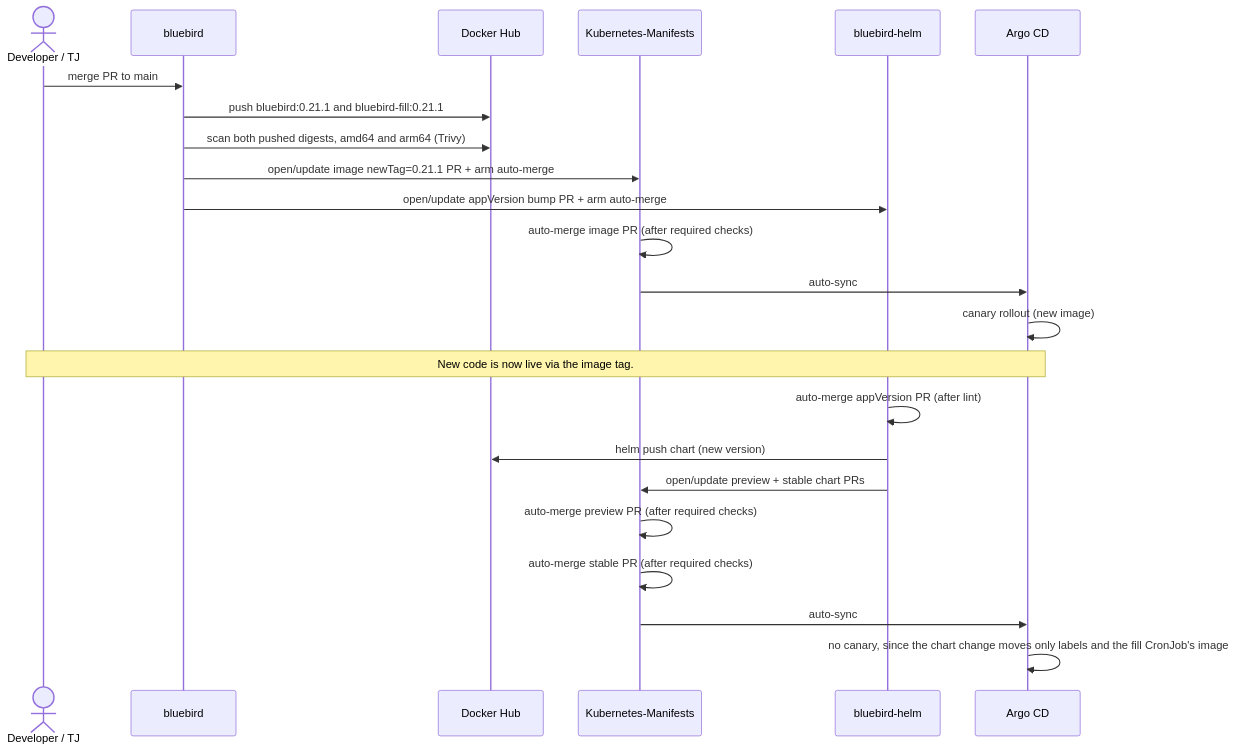
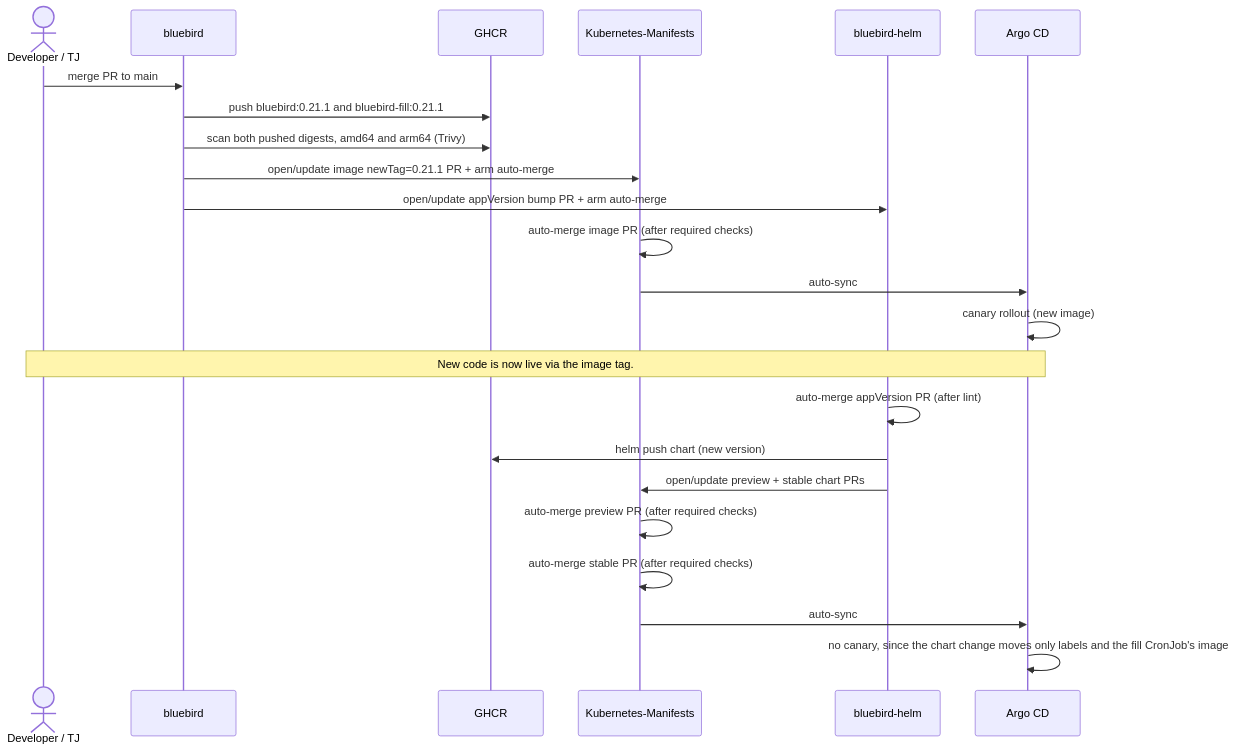
The sixth of 6 diagrams in docs/CICD.md (zimmertr/bluebird), drawn with Mermaid before and after one commit. The commit also changed other lines of this file and 21 other files, not shown here.

````diff
--- a/docs/CICD.md
+++ b/docs/CICD.md
@@ -1551,26 +1546,26 @@
 ```mermaid
 sequenceDiagram
     actor Dev as Developer / TJ
     participant BB as bluebird
-    participant DH as Docker Hub
+    participant DH as GHCR
     participant KM as Kubernetes-Manifests
     participant HELM as bluebird-helm
     participant ARGO as Argo CD
 
     Dev->>BB: merge PR to main
     BB->>DH: push bluebird:0.21.1 and bluebird-fill:0.21.1
     BB->>DH: scan both pushed digests, amd64 and arm64 (Trivy)
     BB->>KM: open/update image newTag=0.21.1 PR + arm auto-merge
     BB->>HELM: open/update appVersion bump PR + arm auto-merge
     KM->>KM: auto-merge image PR (after required checks)
     KM->>ARGO: auto-sync
     ARGO->>ARGO: canary rollout (new image)
     Note over Dev,ARGO: New code is now live via the image tag.
     HELM->>HELM: auto-merge appVersion PR (after lint)
     HELM->>DH: helm push chart (new version)
     HELM->>KM: open/update preview + stable chart PRs
     KM->>KM: auto-merge preview PR (after required checks)
     KM->>KM: auto-merge stable PR (after required checks)
     KM->>ARGO: auto-sync
     ARGO->>ARGO: no canary, since the chart change moves only labels and the fill CronJob's image
 ```
````
